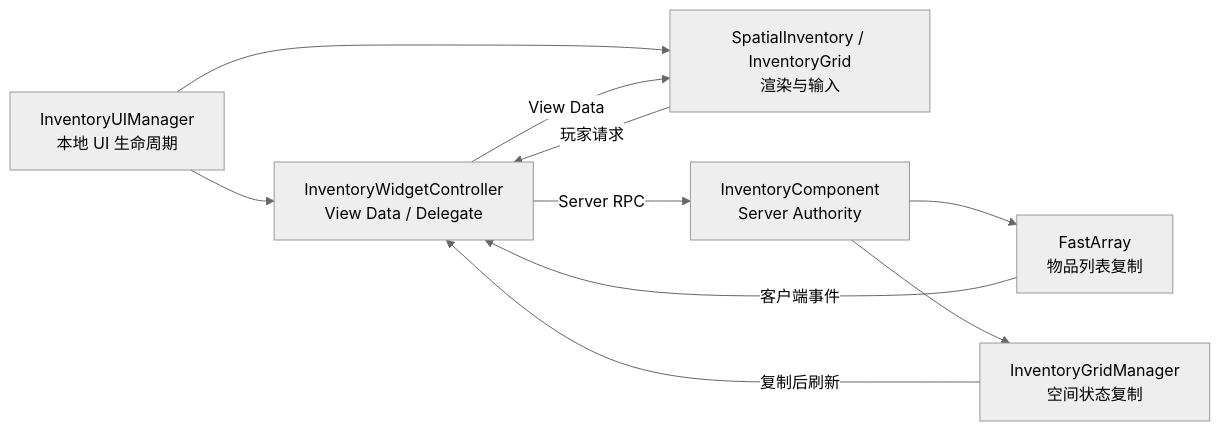
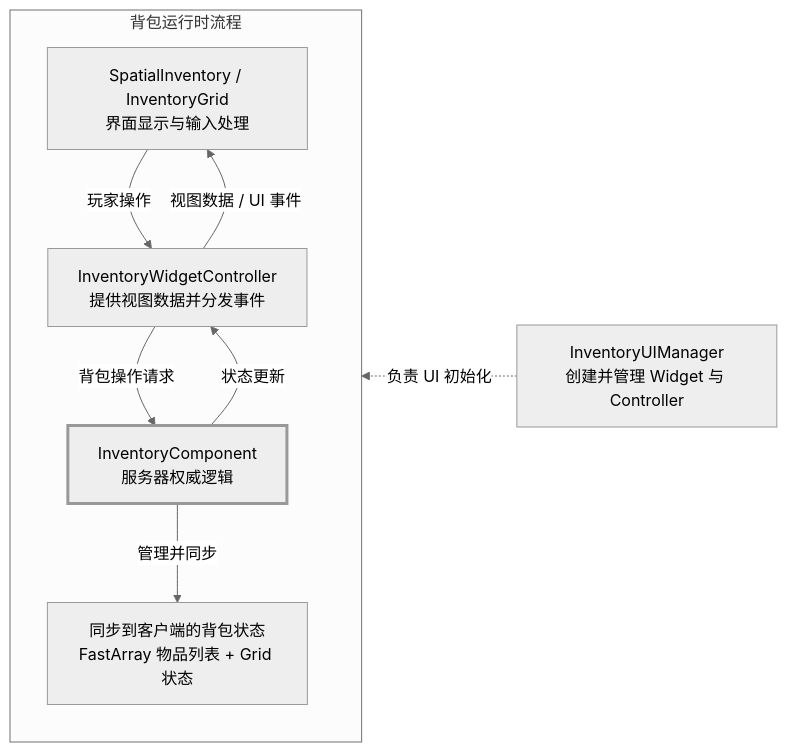
The diagram in README.zh-CN.md (AAAiee/Aura), drawn with Mermaid (neutral theme) before and after one commit. The commit also changed 1 other file, not shown here.

Commit message:
updated readme flow charts

````diff
--- a/README.zh-CN.md
+++ b/README.zh-CN.md
@@ -62,12 +62,28 @@
 ```mermaid
-flowchart LR
-    UIManager["InventoryUIManager<br/>本地 UI 生命周期"] --> Controller["InventoryWidgetController<br/>View Data / Delegate"]
-    UIManager --> View["SpatialInventory / InventoryGrid<br/>渲染与输入"]
-    View -->|玩家请求| Controller
-    Controller -->|Server RPC| Component["InventoryComponent<br/>Server Authority"]
-    Component --> FastArray["FastArray<br/>物品列表复制"]
-    Component --> GridManager["InventoryGridManager<br/>空间状态复制"]
-    FastArray -->|客户端事件| Controller
-    GridManager -->|复制后刷新| Controller
-    Controller -->|View Data| View
+flowchart RL
+    UIManager["InventoryUIManager<br/>创建并管理 Widget 与 Controller"]
+
+    UIManager -.->|负责 UI 初始化| Pipeline
+
+    subgraph Pipeline["背包运行时流程"]
+        direction TB
+
+        View["SpatialInventory / InventoryGrid<br/>界面显示与输入处理"]
+
+        Controller["InventoryWidgetController<br/>提供视图数据并分发事件"]
+
+        Component["InventoryComponent<br/>服务器权威逻辑"]:::core
+
+        State["同步到客户端的背包状态<br/>FastArray 物品列表 + Grid 状态"]
+
+        View -->|玩家操作| Controller
+        Controller -->|视图数据 / UI 事件| View
+
+        Controller -->|背包操作请求| Component
+        Component -->|状态更新| Controller
+
+        Component -->|管理并同步| State
+    end
+
+    classDef core stroke-width:3px
 ```
````
